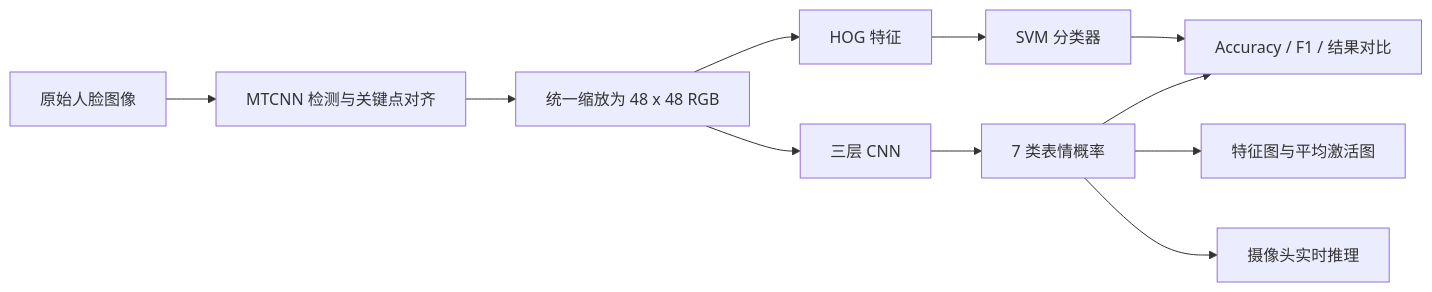
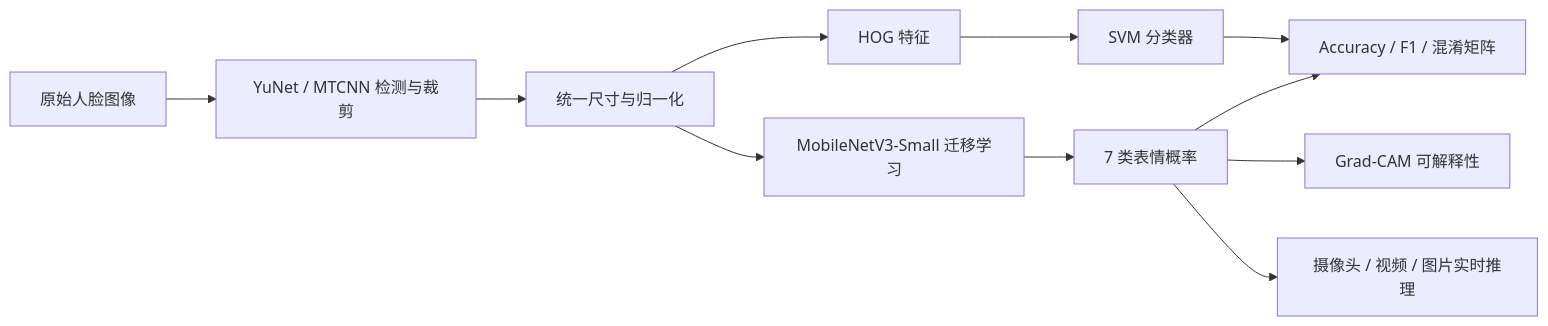
Before and after one commit to hsbd99/face-emotion-recognition-learning: the diagram in README.md, drawn with Mermaid. The commit also changed other lines of this file and 3 other files, not shown here.

````diff
--- a/README.md
+++ b/README.md
@@ -26,13 +38,13 @@
 ```mermaid
 flowchart LR
-    A[原始人脸图像] --> B[MTCNN 检测与关键点对齐]
-    B --> C[统一缩放为 48 x 48 RGB]
+    A[原始人脸图像] --> B[YuNet / MTCNN 检测与裁剪]
+    B --> C[统一尺寸与归一化]
     C --> D1[HOG 特征]
     D1 --> E1[SVM 分类器]
-    C --> D2[三层 CNN]
+    C --> D2[MobileNetV3-Small 迁移学习]
     D2 --> E2[7 类表情概率]
-    E1 --> F[Accuracy / F1 / 结果对比]
+    E1 --> F[Accuracy / F1 / 混淆矩阵]
     E2 --> F
-    E2 --> G[特征图与平均激活图]
-    E2 --> H[摄像头实时推理]
+    E2 --> G[Grad-CAM 可解释性]
+    E2 --> H[摄像头 / 视频 / 图片实时推理]
 ```
````
